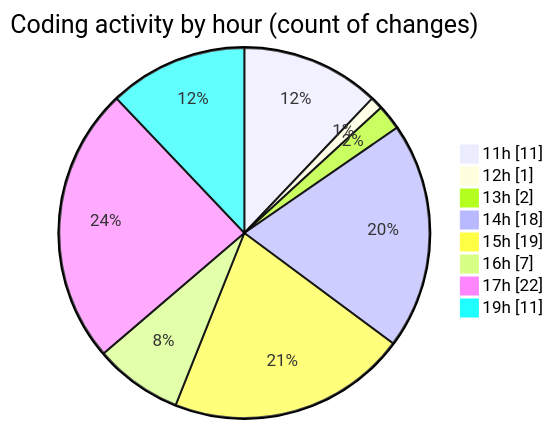
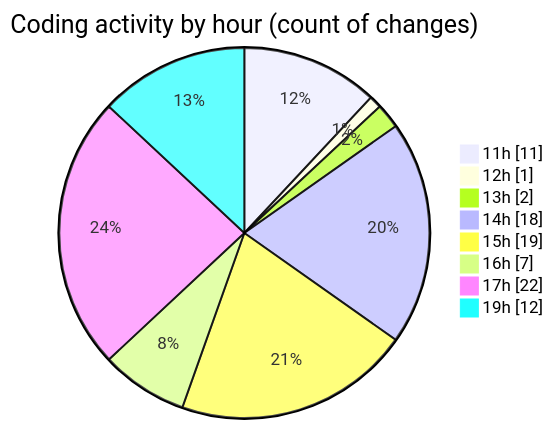
Before and after one commit to momahboobian/code-tracking: the second of 2 diagrams in 2026-08-24/cda/README.md, drawn with Mermaid. The commit also changed other lines of this file and 1 other file, not shown here.

````diff
--- a/2026-08-24/cda/README.md
+++ b/2026-08-24/cda/README.md
@@ -53,12 +53,12 @@
 ```mermaid
 pie showData
 title Coding activity by hour (count of changes)
 "11h" : 11
 "12h" : 1
 "13h" : 2
 "14h" : 18
 "15h" : 19
 "16h" : 7
 "17h" : 22
-"19h" : 11
+"19h" : 12
 ```
````
